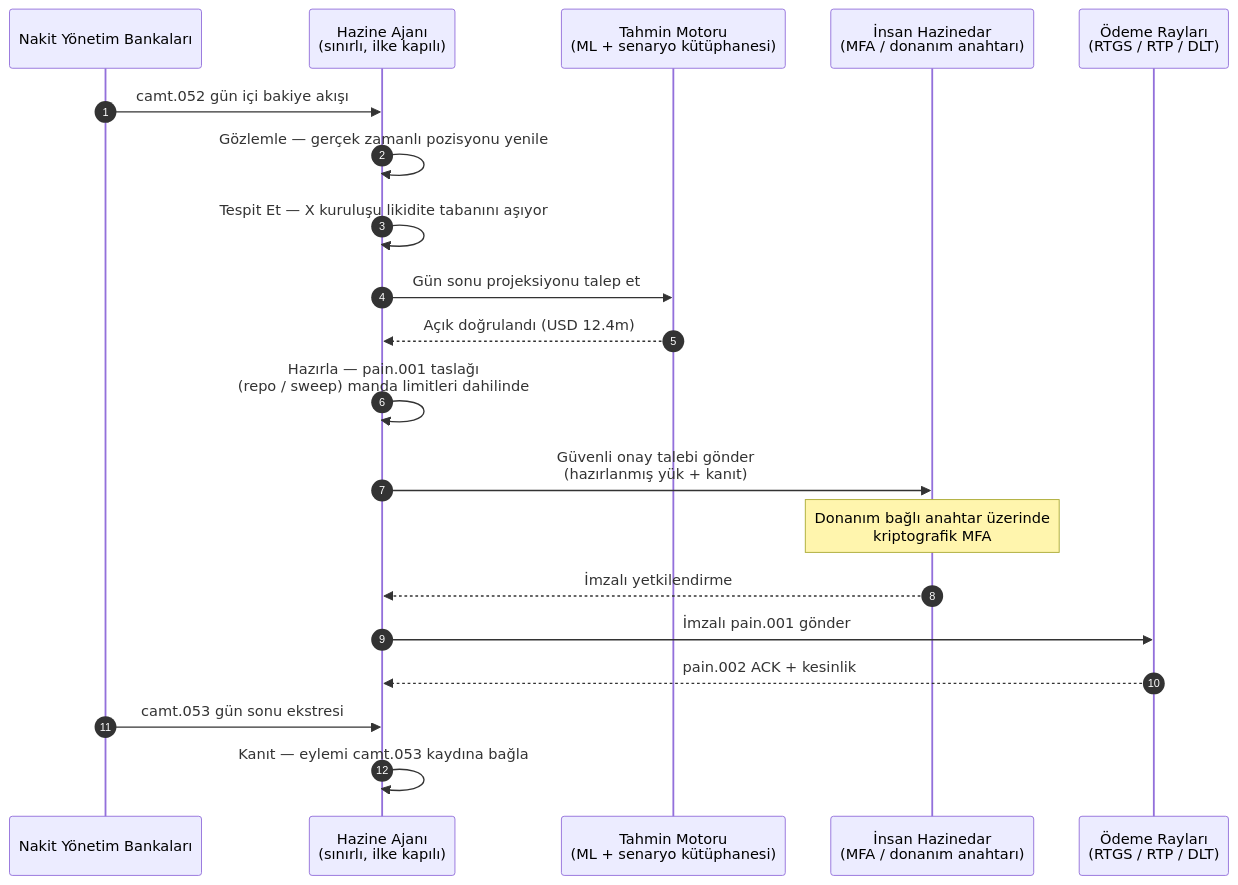
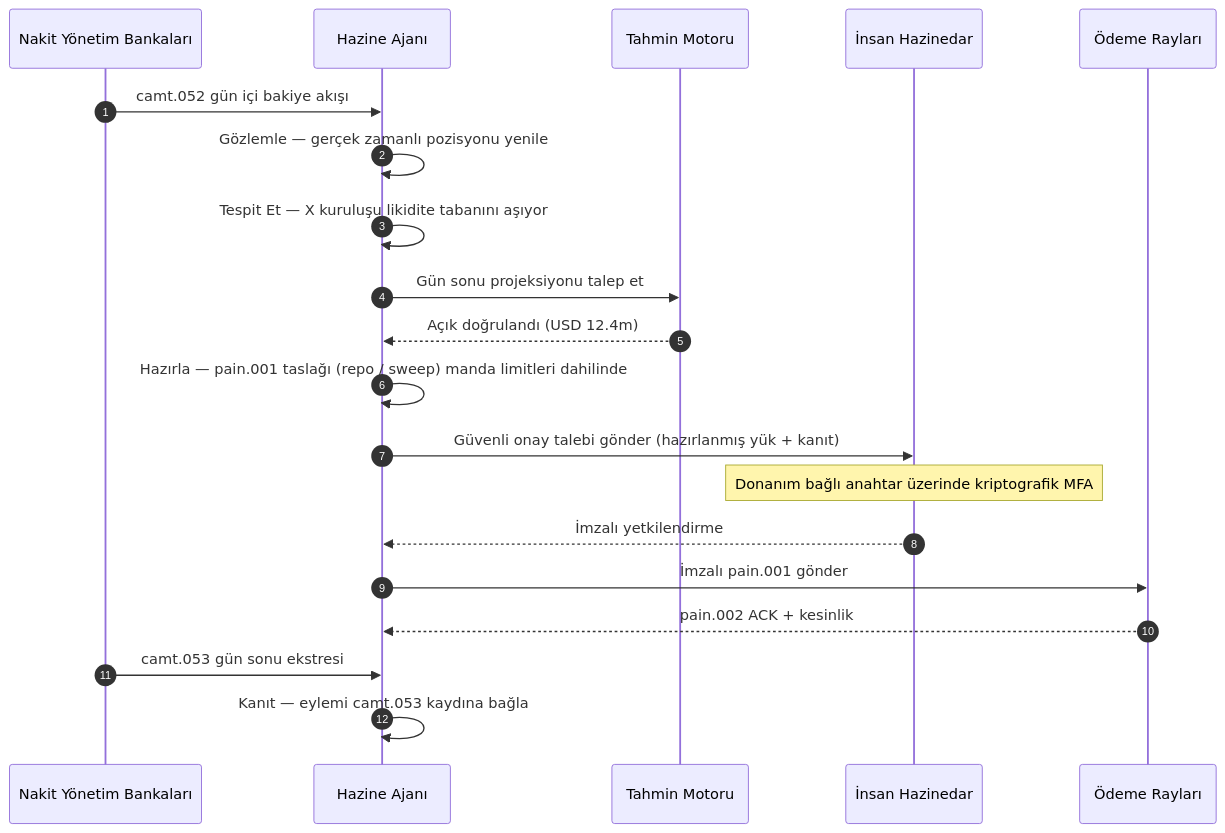
Before and after one commit to sebastienrousseau/sebastienrousseau.github.io: the diagram in _posts/tr/2026-06-07-autonomous-treasury-index-programmable-liquidity-tokenised-deposits-2026.md, drawn with Mermaid. The commit also changed 2231 other files, not shown here.

First line of the commit message:
fix(mermaid): unblock Mermaid v10 rendering end-to-end (#198)

````diff
--- a/_posts/tr/2026-06-07-autonomous-treasury-index-programmable-liquidity-tokenised-deposits-2026.md
+++ b/_posts/tr/2026-06-07-autonomous-treasury-index-programmable-liquidity-tokenised-deposits-2026.md
@@ -154,23 +154,22 @@
 ```mermaid
 sequenceDiagram
     autonumber
     participant Banks as Nakit Yönetim Bankaları
-    participant Agent as Hazine Ajanı<br/>(sınırlı, ilke kapılı)
-    participant Forecast as Tahmin Motoru<br/>(ML + senaryo kütüphanesi)
-    participant Treasurer as İnsan Hazinedar<br/>(MFA / donanım anahtarı)
-    participant Rails as Ödeme Rayları<br/>(RTGS / RTP / DLT)
-
+    participant Agent as Hazine Ajanı
+    participant Forecast as Tahmin Motoru
+    participant Treasurer as İnsan Hazinedar
+    participant Rails as Ödeme Rayları
     Banks->>Agent: camt.052 gün içi bakiye akışı
     Agent->>Agent: Gözlemle — gerçek zamanlı pozisyonu yenile
     Agent->>Agent: Tespit Et — X kuruluşu likidite tabanını aşıyor
     Agent->>Forecast: Gün sonu projeksiyonu talep et
     Forecast-->>Agent: Açık doğrulandı (USD 12.4m)
-    Agent->>Agent: Hazırla — pain.001 taslağı<br/>(repo / sweep) manda limitleri dahilinde
-    Agent->>Treasurer: Güvenli onay talebi gönder<br/>(hazırlanmış yük + kanıt)
-    Note over Treasurer: Donanım bağlı anahtar üzerinde<br/>kriptografik MFA
+    Agent->>Agent: Hazırla — pain.001 taslağı (repo / sweep) manda limitleri dahilinde
+    Agent->>Treasurer: Güvenli onay talebi gönder (hazırlanmış yük + kanıt)
+    Note over Treasurer: Donanım bağlı anahtar üzerinde kriptografik MFA
     Treasurer-->>Agent: İmzalı yetkilendirme
     Agent->>Rails: İmzalı pain.001 gönder
     Rails-->>Agent: pain.002 ACK + kesinlik
     Banks->>Agent: camt.053 gün sonu ekstresi
     Agent->>Agent: Kanıt — eylemi camt.053 kaydına bağla
 ```
````
